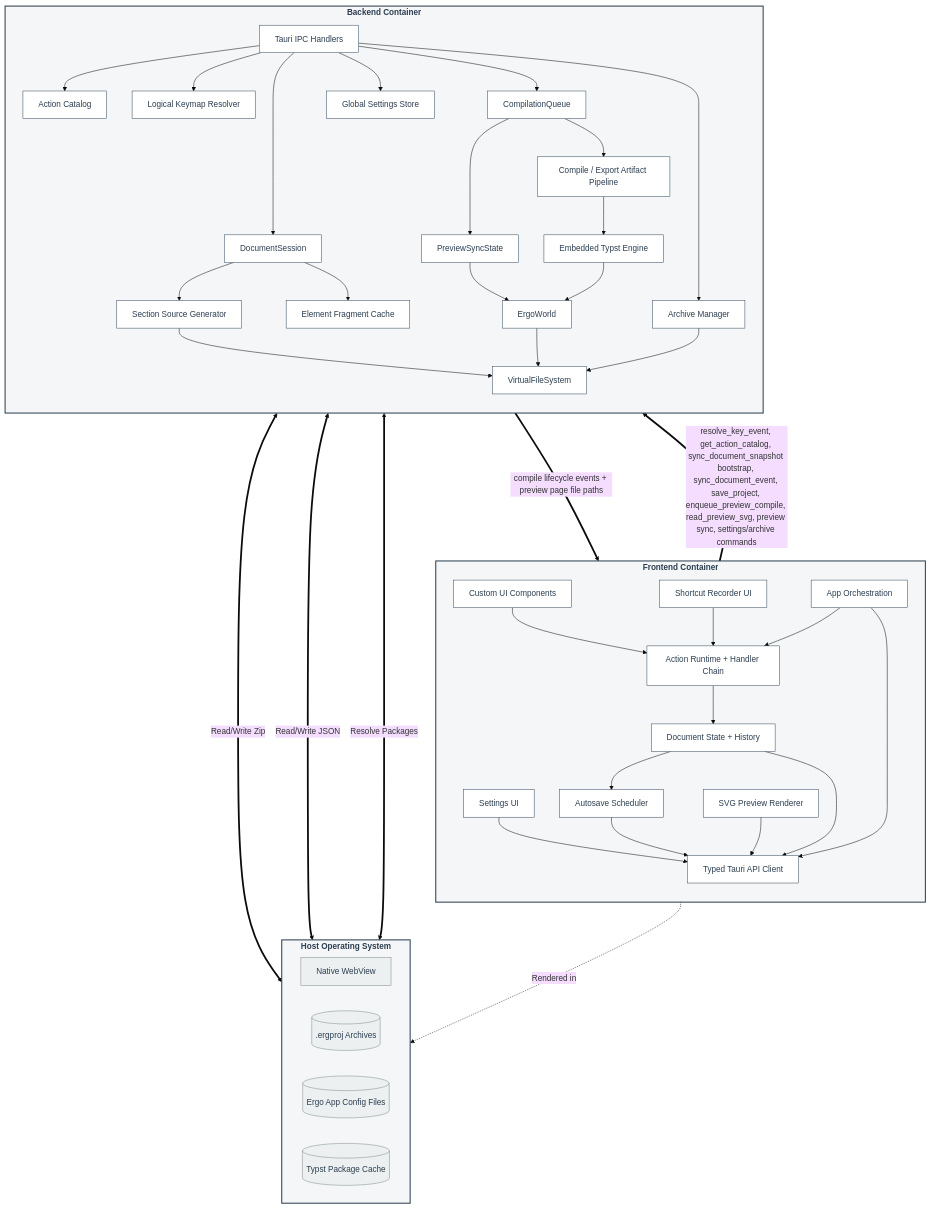
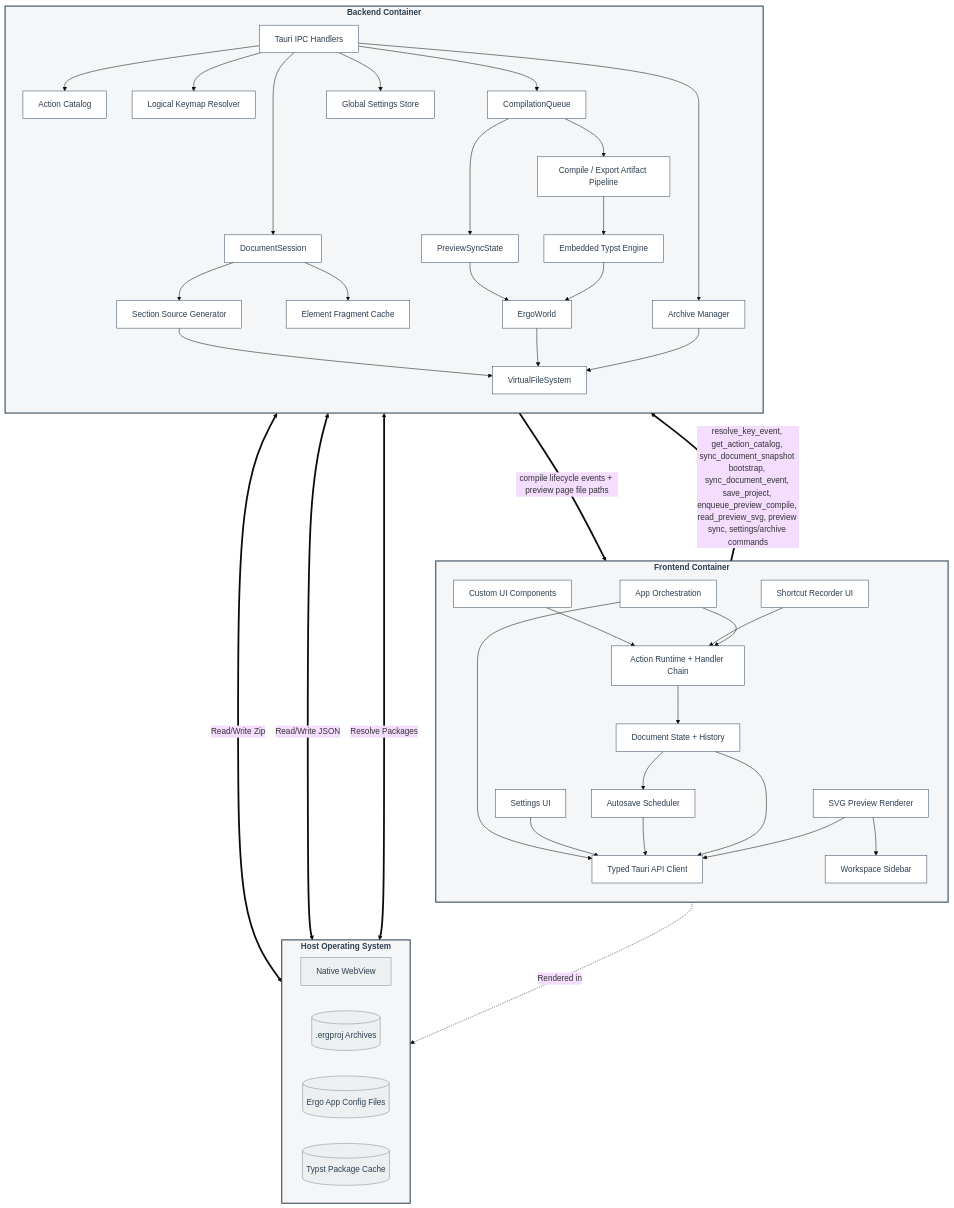
One commit to andmoreduro/ergo changed the diagram in context/component-diagram.md. Above: the diagram before and after it, drawn with Mermaid (base theme). The commit also changed other lines of this file and 137 other files, not shown here.

```diff
--- a/context/component-diagram.md
+++ b/context/component-diagram.md
@@ -36,6 +36,7 @@
         SettingsUI["Settings UI"]:::comp
         AppOrchestration["App Orchestration"]:::comp
         Autosave["Autosave Scheduler"]:::comp
+        Sidebar["Workspace Sidebar"]:::comp
         Preview["SVG Preview Renderer"]:::comp
         TauriClient["Typed Tauri API Client"]:::comp
 
@@ -49,6 +50,7 @@
         DocState --> Autosave
         DocState --> TauriClient
         Preview --> TauriClient
+        Preview --> Sidebar
     end
 
     subgraph Backend ["Backend Container"]
```
